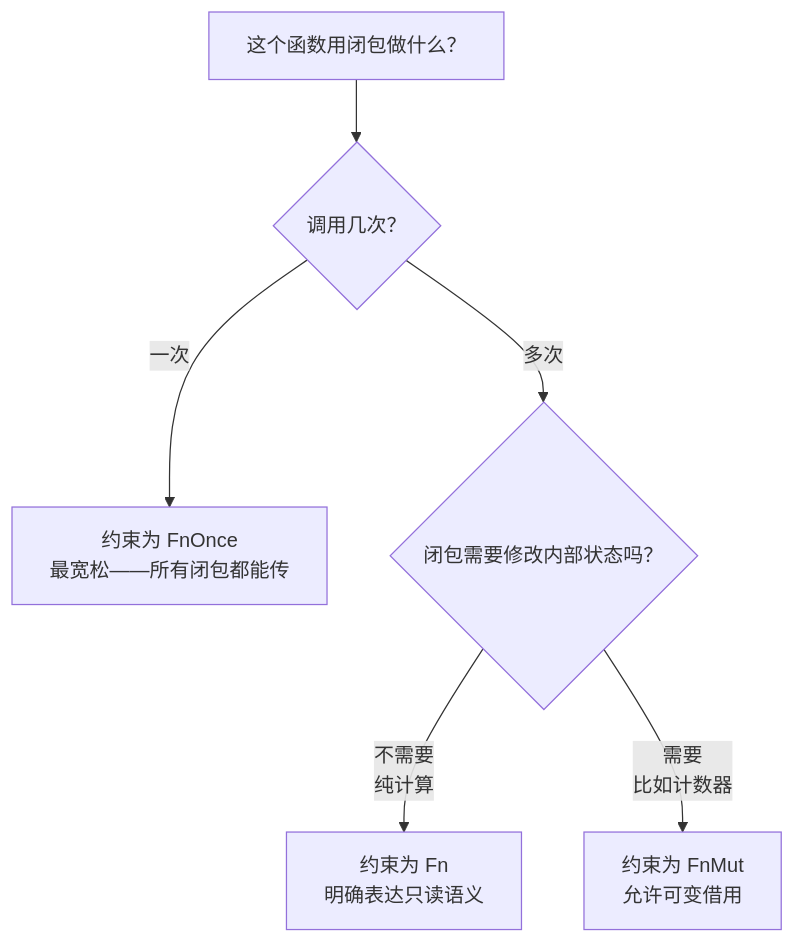
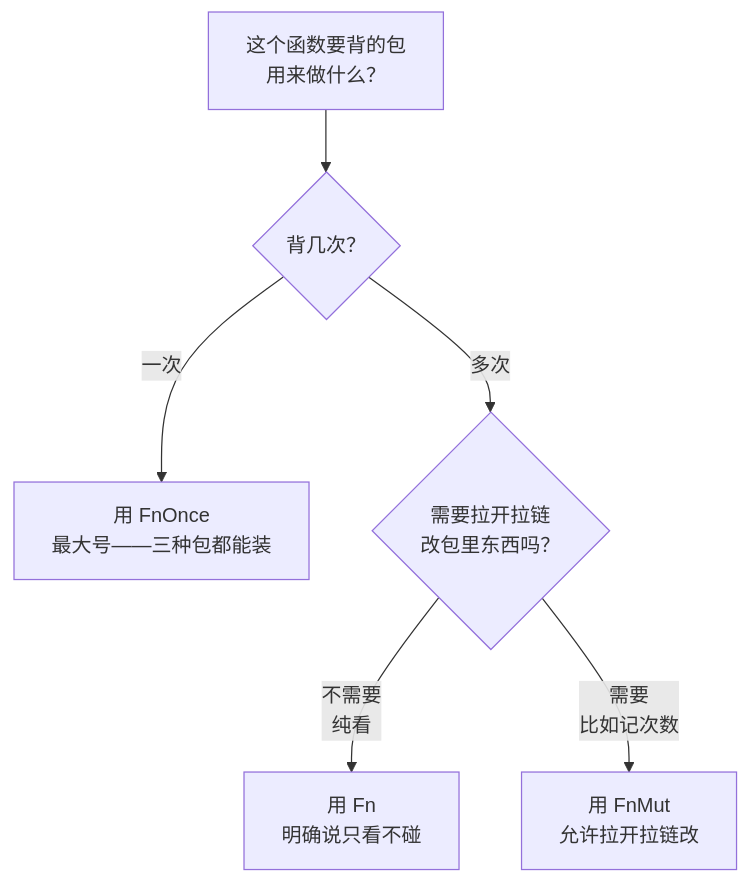
The second of 2 diagrams in languages/rust/closures.md (qknow-0/blog), drawn with Mermaid before and after one commit. The commit also changed other lines of this file and 10 other files, not shown here.

Commit message:
docs: Rust 全系列比喻重写——搬家/停车票/背包/快递/应聘/集装箱/图书馆/公寓楼/食品质检/酒店

````diff
--- a/languages/rust/closures.md
+++ b/languages/rust/closures.md
@@ -187,8 +189,8 @@
 ```mermaid
 flowchart TD
-    Q["这个函数用闭包做什么？"] --> A{"调用几次？"}
-    A -->|"一次"| FNO["约束为 FnOnce<br/>最宽松——所有闭包都能传"]
-    A -->|"多次"| B{"闭包需要修改内部状态吗？"}
-    B -->|"不需要<br/>纯计算"| FN["约束为 Fn<br/>明确表达只读语义"]
-    B -->|"需要<br/>比如计数器"| FNM["约束为 FnMut<br/>允许可变借用"]
+    Q["这个函数要背的包<br/>用来做什么？"] --> A{"背几次？"}
+    A -->|"一次"| FNO["用 FnOnce<br/>最大号——三种包都能装"]
+    A -->|"多次"| B{"需要拉开拉链<br/>改包里东西吗？"}
+    B -->|"不需要<br/>纯看"| FN["用 Fn<br/>明确说只看不碰"]
+    B -->|"需要<br/>比如记次数"| FNM["用 FnMut<br/>允许拉开拉链改"]
 ```
````
